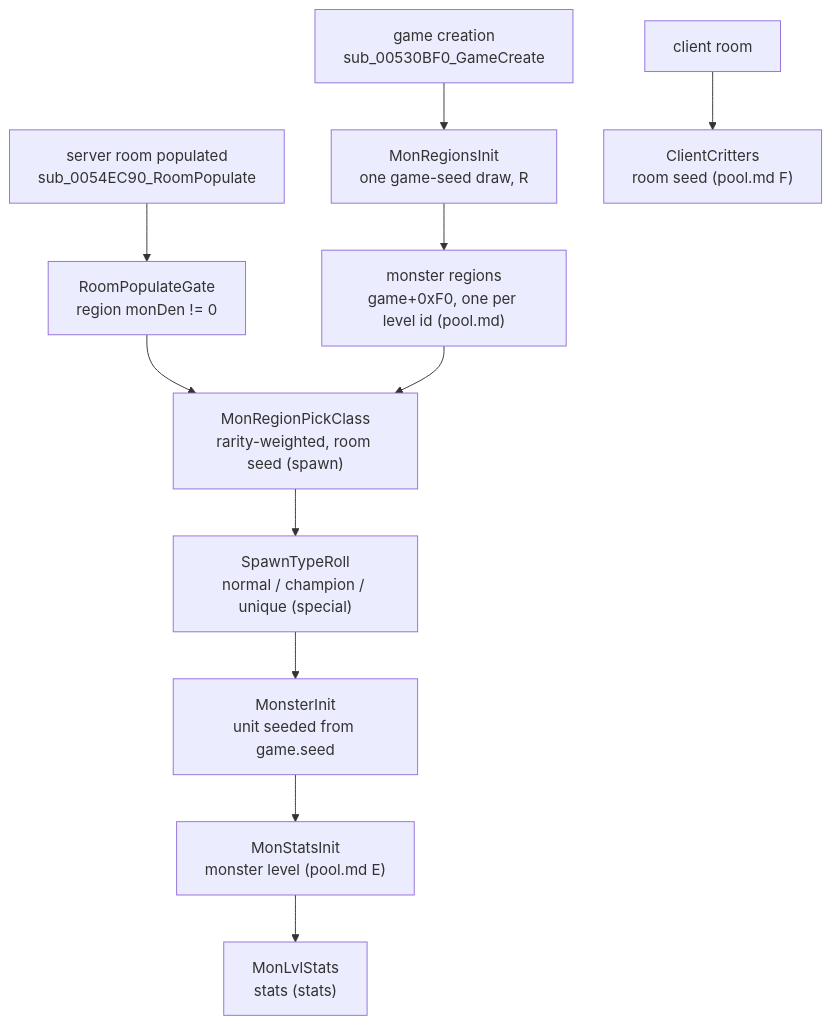
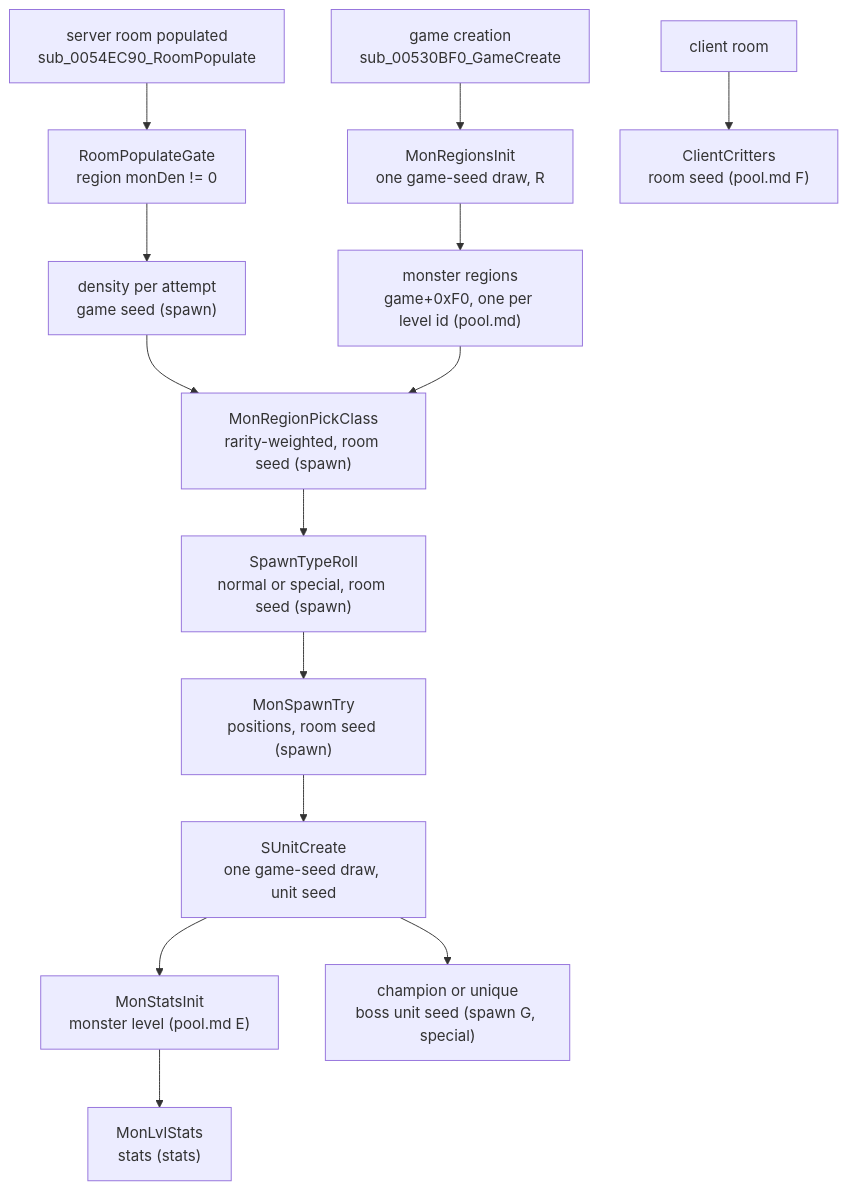
Before and after one commit to IgorKonovalov/diablo-2-recompilation: the diagram in docs/specs/monsters/README.md, drawn with Mermaid. The commit also changed other lines of this file and 5 other files, not shown here.

````diff
--- a/docs/specs/monsters/README.md
+++ b/docs/specs/monsters/README.md
@@ -32,13 +33,16 @@
 ```mermaid
 flowchart TD
   gc["game creation<br/>sub_00530BF0_GameCreate"] --> mri["MonRegionsInit<br/>one game-seed draw, R"]
   mri --> regs["monster regions<br/>game+0xF0, one per level id (pool.md)"]
   room["server room populated<br/>sub_0054EC90_RoomPopulate"] --> gate["RoomPopulateGate<br/>region monDen != 0"]
-  gate --> pick["MonRegionPickClass<br/>rarity-weighted, room seed (spawn)"]
+  gate --> den["density per attempt<br/>game seed (spawn)"]
+  den --> pick["MonRegionPickClass<br/>rarity-weighted, room seed (spawn)"]
   regs --> pick
-  pick --> typ["SpawnTypeRoll<br/>normal / champion / unique (special)"]
-  typ --> init["MonsterInit<br/>unit seeded from game.seed"]
+  pick --> typ["SpawnTypeRoll<br/>normal or special, room seed (spawn)"]
+  typ --> place["MonSpawnTry<br/>positions, room seed (spawn)"]
+  place --> init["SUnitCreate<br/>one game-seed draw, unit seed"]
   init --> lvl["MonStatsInit<br/>monster level (pool.md E)"]
+  init --> cu["champion or unique<br/>boss unit seed (spawn G, special)"]
   lvl --> st["MonLvlStats<br/>stats (stats)"]
   croom["client room"] --> crit["ClientCritters<br/>room seed (pool.md F)"]
 ```
````
